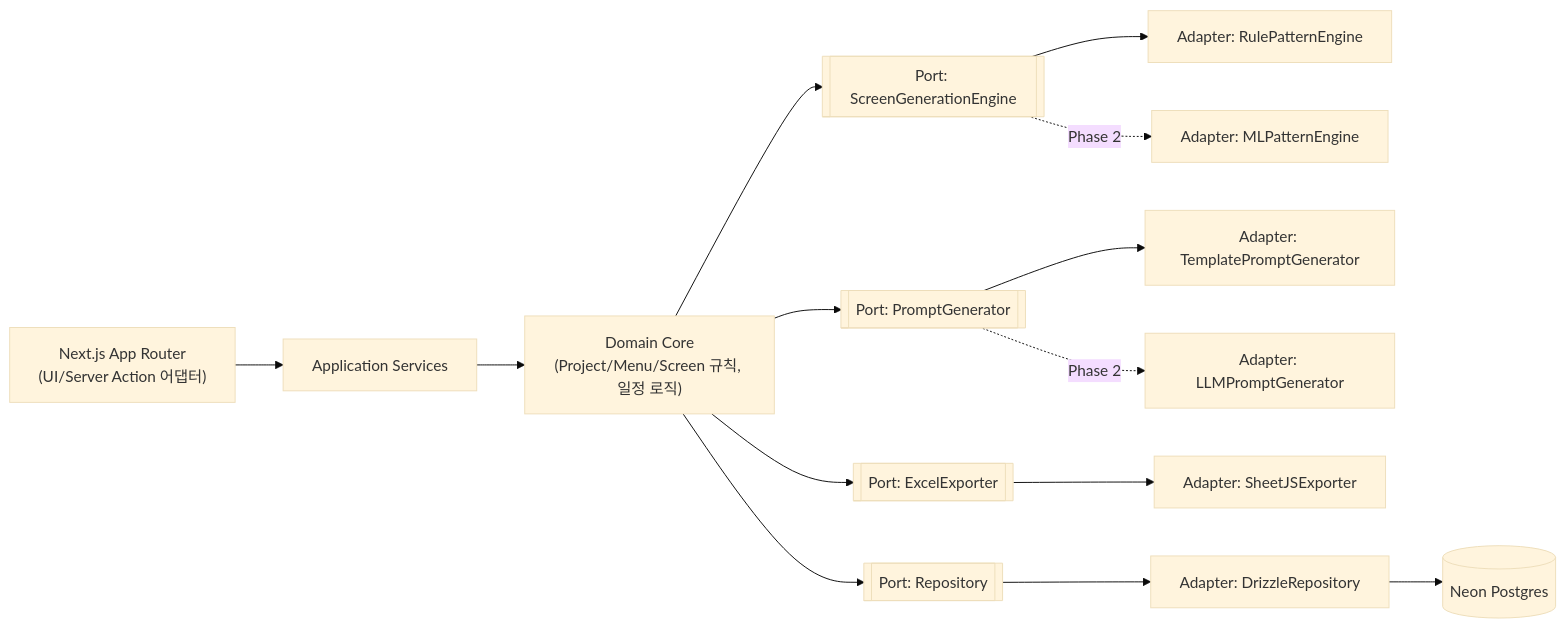
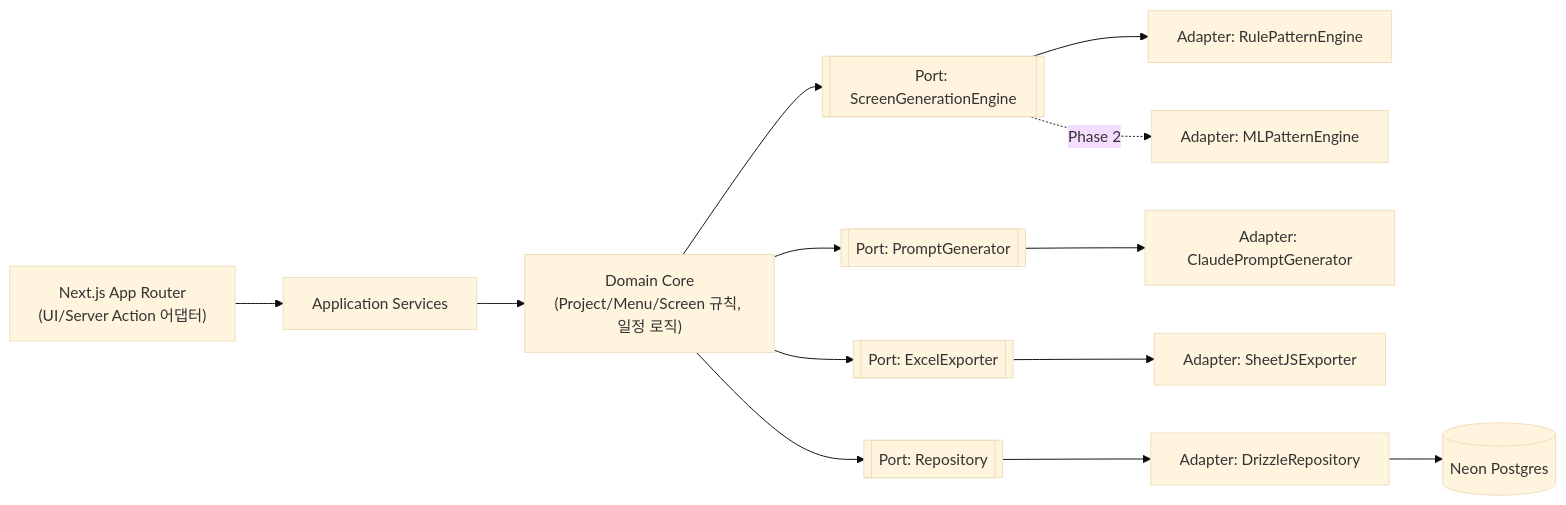
One commit to hyunplanb-cyber/ia-generation-platform changed the first of 3 diagrams in _bmad-output/planning-artifacts/architecture/architecture-IA-자동생성-플랫폼-2026-07-08/ARCHITECTURE-SPINE.md. Above: the diagram before and after it, drawn with Mermaid (base theme). The commit also changed other lines of this file and 4 other files, not shown here.

````diff
--- a/_bmad-output/planning-artifacts/architecture/architecture-IA-자동생성-플랫폼-2026-07-08/ARCHITECTURE-SPINE.md
+++ b/_bmad-output/planning-artifacts/architecture/architecture-IA-자동생성-플랫폼-2026-07-08/ARCHITECTURE-SPINE.md
@@ -31,16 +31,15 @@
 ```mermaid
 graph LR
   UI["Next.js App Router\n(UI/Server Action 어댑터)"] --> APP[Application Services]
   APP --> DOMAIN["Domain Core\n(Project/Menu/Screen 규칙, 일정 로직)"]
   DOMAIN --> P1[["Port: ScreenGenerationEngine"]]
   DOMAIN --> P2[["Port: PromptGenerator"]]
   DOMAIN --> P3[["Port: ExcelExporter"]]
   P1 --> A1[Adapter: RulePatternEngine]
   P1 -.Phase 2.-> A1b[Adapter: MLPatternEngine]
-  P2 --> A2[Adapter: TemplatePromptGenerator]
-  P2 -.Phase 2.-> A2b[Adapter: LLMPromptGenerator]
+  P2 --> A2[Adapter: ClaudePromptGenerator]
   P3 --> A3[Adapter: SheetJSExporter]
   DOMAIN --> REPO[["Port: Repository"]]
   REPO --> A4[Adapter: DrizzleRepository]
   A4 --> DB[(Neon Postgres)]
 ```
````
